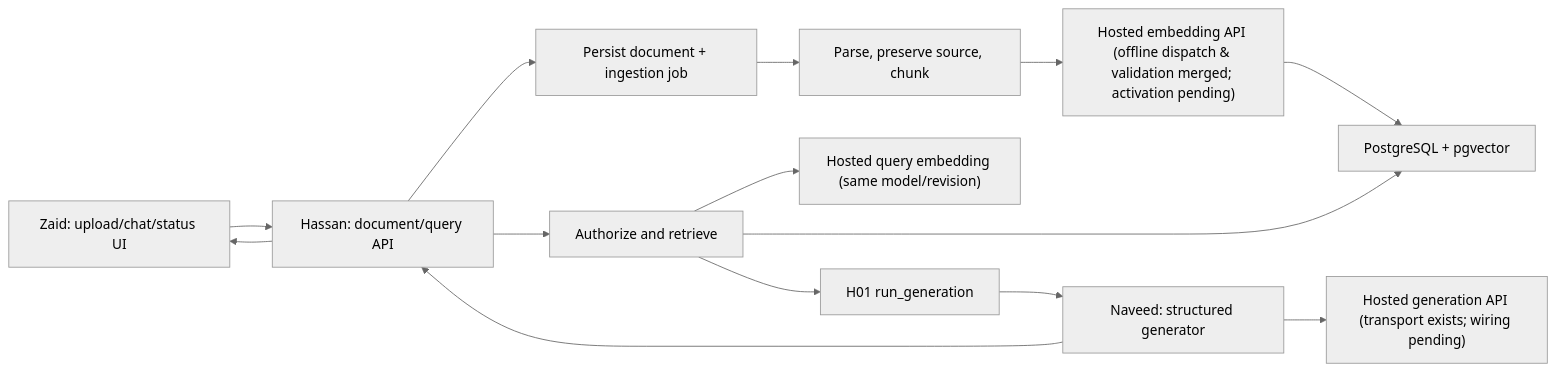
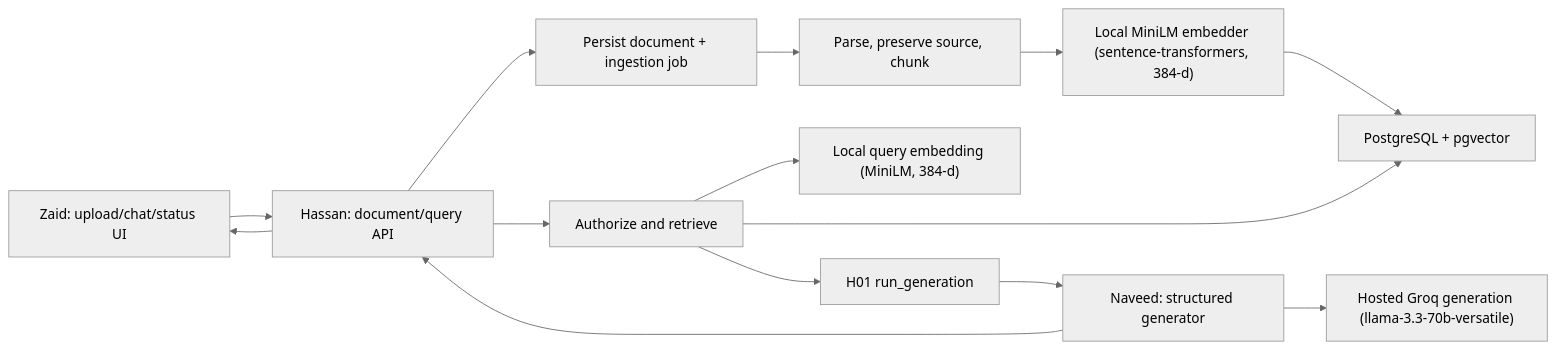
One commit to Hassan092-prog/KNEXUS changed the diagram in docs/ARCHITECTURE.md. Above: the diagram before and after it, drawn with Mermaid (neutral theme). The commit also changed other lines of this file and 10 other files, not shown here.

```diff
--- a/docs/ARCHITECTURE.md
+++ b/docs/ARCHITECTURE.md
@@ -24,16 +24,16 @@
 ~~~mermaid
 flowchart LR
     UI["Zaid: upload/chat/status UI"] --> API["Hassan: document/query API"]
     API --> JOB["Persist document + ingestion job"]
     JOB --> ING["Parse, preserve source, chunk"]
-    ING --> EMB["Hosted embedding API (offline dispatch & validation merged; activation pending)"]
+    ING --> EMB["Local MiniLM embedder (sentence-transformers, 384-d)"]
     EMB --> DB["PostgreSQL + pgvector"]
     API --> RET["Authorize and retrieve"]
-    RET --> QEMB["Hosted query embedding (same model/revision)"]
+    RET --> QEMB["Local query embedding (MiniLM, 384-d)"]
     RET --> DB
     RET --> BOUNDARY["H01 run_generation"]
     BOUNDARY --> GEN["Naveed: structured generator"]
-    GEN --> HOSTED["Hosted generation API (transport exists; wiring pending)"]
+    GEN --> HOSTED["Hosted Groq generation (llama-3.3-70b-versatile)"]
     GEN --> API
     API --> UI
 ~~~
```
